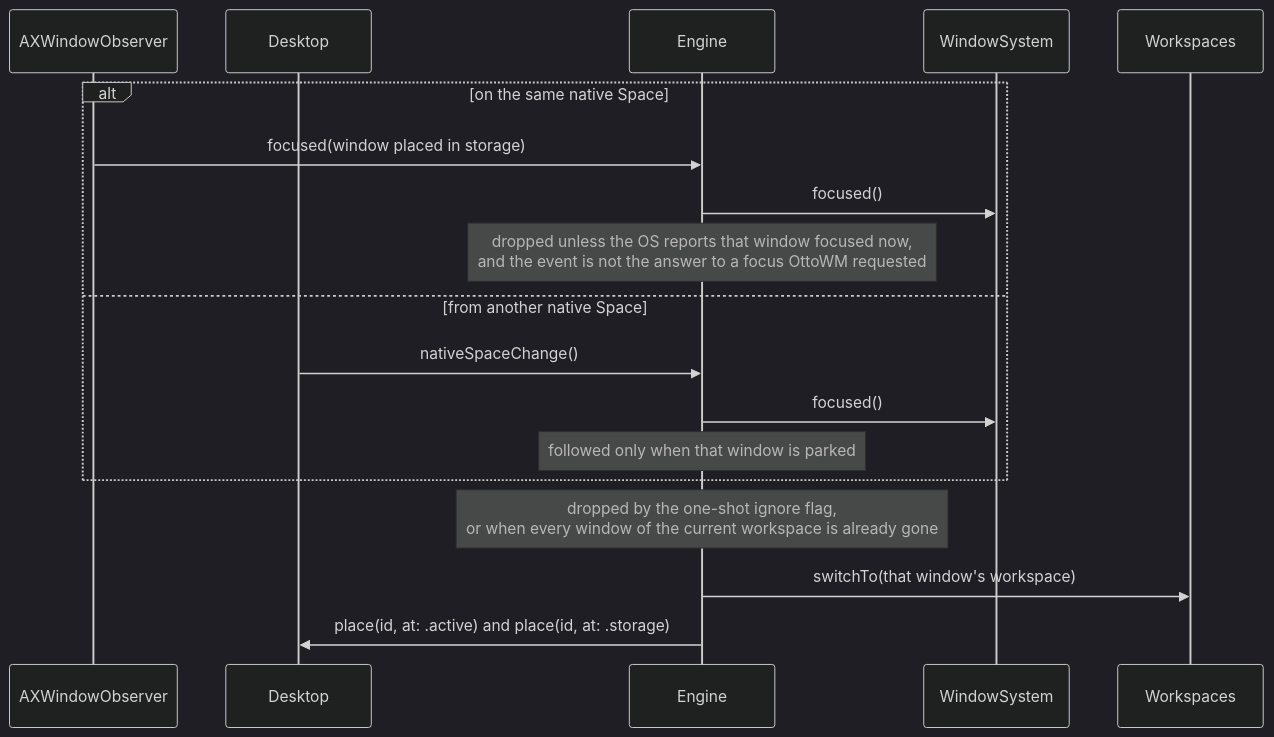
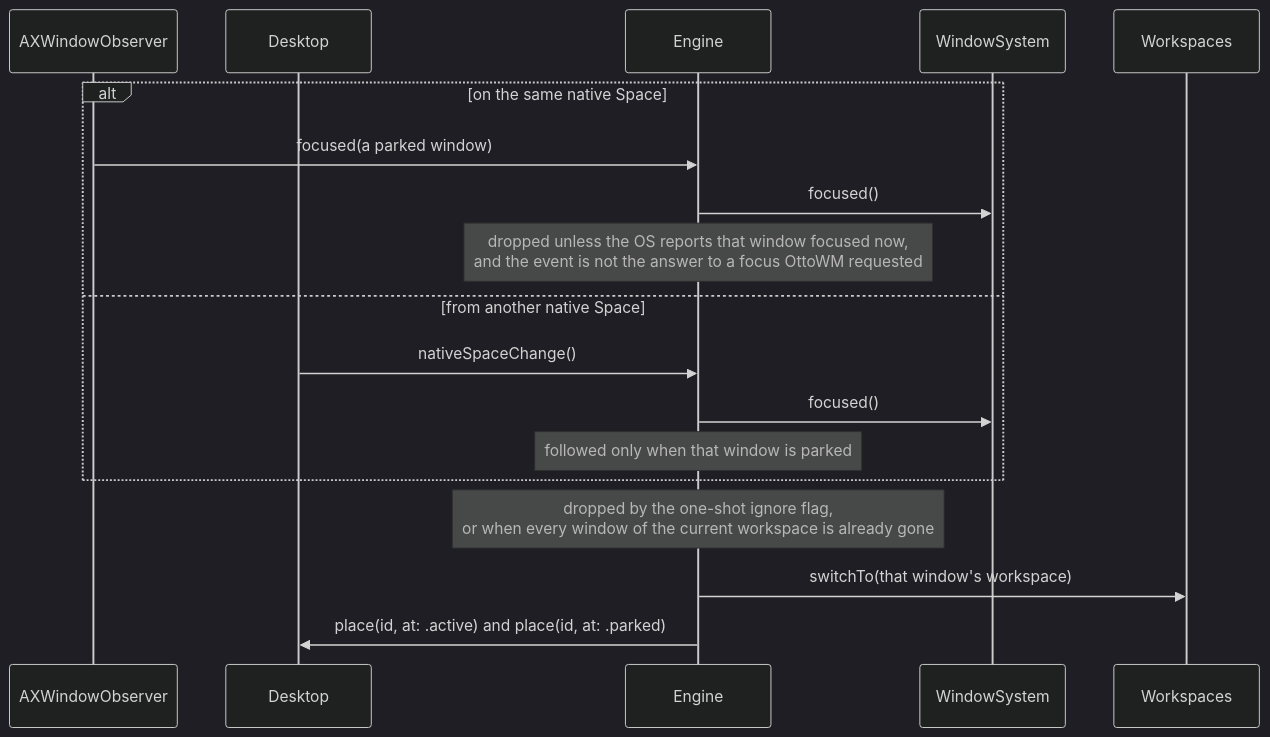
One commit to brennovich/ottowm changed diagram 11 of 17 in ARCHITECTURE.md. Above: the diagram before and after it, drawn with Mermaid (dark theme). The commit also changed other lines of this file and 16 other files, not shown here.

First line of the commit message:
Rename the storage placement to parked

````diff
--- a/ARCHITECTURE.md
+++ b/ARCHITECTURE.md
@@ -231,21 +231,21 @@
 ```mermaid
 sequenceDiagram
     participant AXWindowObserver
     participant Desktop
     participant Engine
     participant WindowSystem
     participant Workspaces
 
     alt on the same native Space
-        AXWindowObserver->>Engine: focused(window placed in storage)
+        AXWindowObserver->>Engine: focused(a parked window)
         Engine->>WindowSystem: focused()
         Note over Engine: dropped unless the OS reports that window focused now,<br/>and the event is not the answer to a focus OttoWM requested
     else from another native Space
         Desktop->>Engine: nativeSpaceChange()
         Engine->>WindowSystem: focused()
         Note over Engine: followed only when that window is parked
     end
     Note over Engine: dropped by the one-shot ignore flag,<br/>or when every window of the current workspace is already gone
     Engine->>Workspaces: switchTo(that window's workspace)
-    Engine->>Desktop: place(id, at: .active) and place(id, at: .storage)
+    Engine->>Desktop: place(id, at: .active) and place(id, at: .parked)
 ```
````
